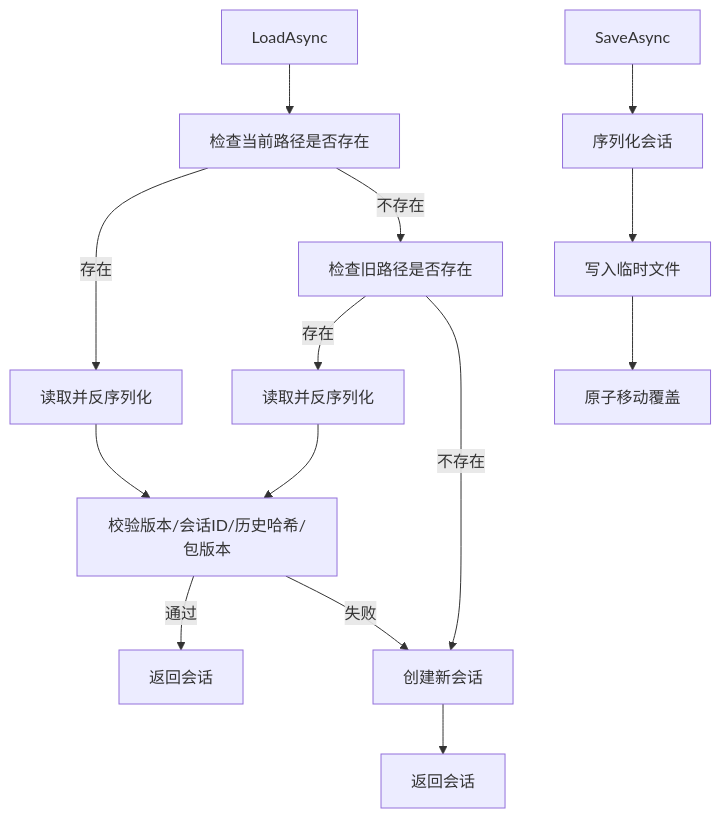
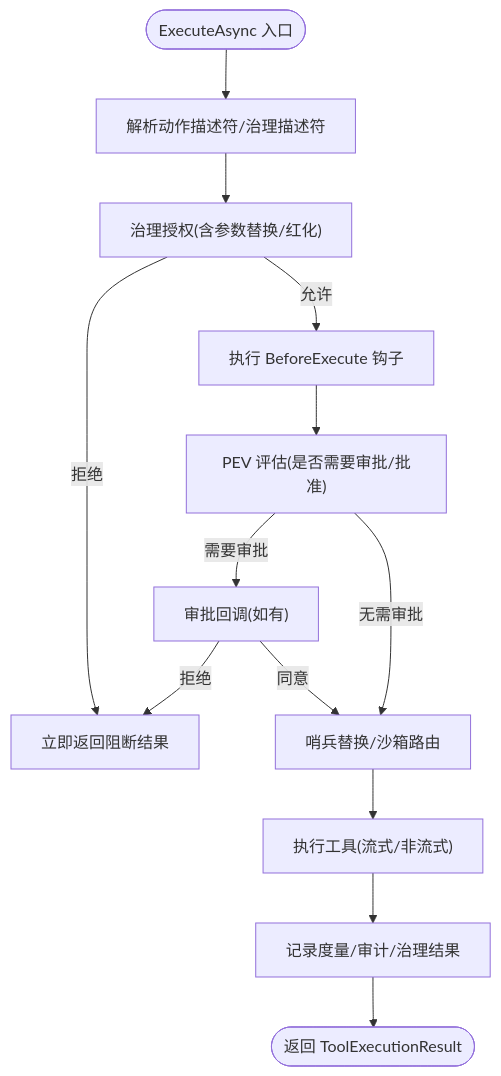
Before and after one commit to wayyet/kingcrab: the fifth of 9 diagrams in .qoder/repowiki/zh/content/代理运行时/代理运行时.md, drawn with Mermaid. The commit also changed other lines of this file and 173 other files, not shown here.

````diff
--- a/.qoder/repowiki/zh/content/代理运行时/代理运行时.md
+++ b/.qoder/repowiki/zh/content/代理运行时/代理运行时.md
@@ -271,16 +232,15 @@
 ```mermaid
 flowchart TD
-Load["LoadAsync"] --> CheckCur["检查当前路径是否存在"]
-CheckCur --> |存在| ReadCur["读取并反序列化"]
-CheckCur --> |不存在| CheckOld["检查旧路径是否存在"]
-CheckOld --> |存在| ReadOld["读取并反序列化"]
-CheckOld --> |不存在| New["创建新会话"]
-ReadCur --> Verify["校验版本/会话ID/历史哈希/包版本"]
-Verify --> |通过| ReturnCur["返回会话"]
-Verify --> |失败| New
-ReadOld --> Verify
-New --> ReturnNew["返回会话"]
-Save["SaveAsync"] --> Serialize["序列化会话"]
-Serialize --> WriteTmp["写入临时文件"]
-WriteTmp --> Move["原子移动覆盖"]
+Enter(["ExecuteAsync 入口"]) --> Parse["解析动作描述符/治理描述符"]
+Parse --> Authorize["治理授权(含参数替换/红化)"]
+Authorize --> |拒绝| Deny["立即返回阻断结果"]
+Authorize --> |允许| Hooks["执行 BeforeExecute 钩子"]
+Hooks --> PEV["PEV 评估(是否需要审批/批准)"]
+PEV --> |需要审批| Approve["审批回调(如有)"]
+Approve --> |拒绝| Deny
+Approve --> |同意| Sandbox["哨兵替换/沙箱路由"]
+PEV --> |无需审批| Sandbox
+Sandbox --> Exec["执行工具(流式/非流式)"]
+Exec --> Metrics["记录度量/审计/治理结果"]
+Metrics --> Exit(["返回 ToolExecutionResult"])
 ```
````
